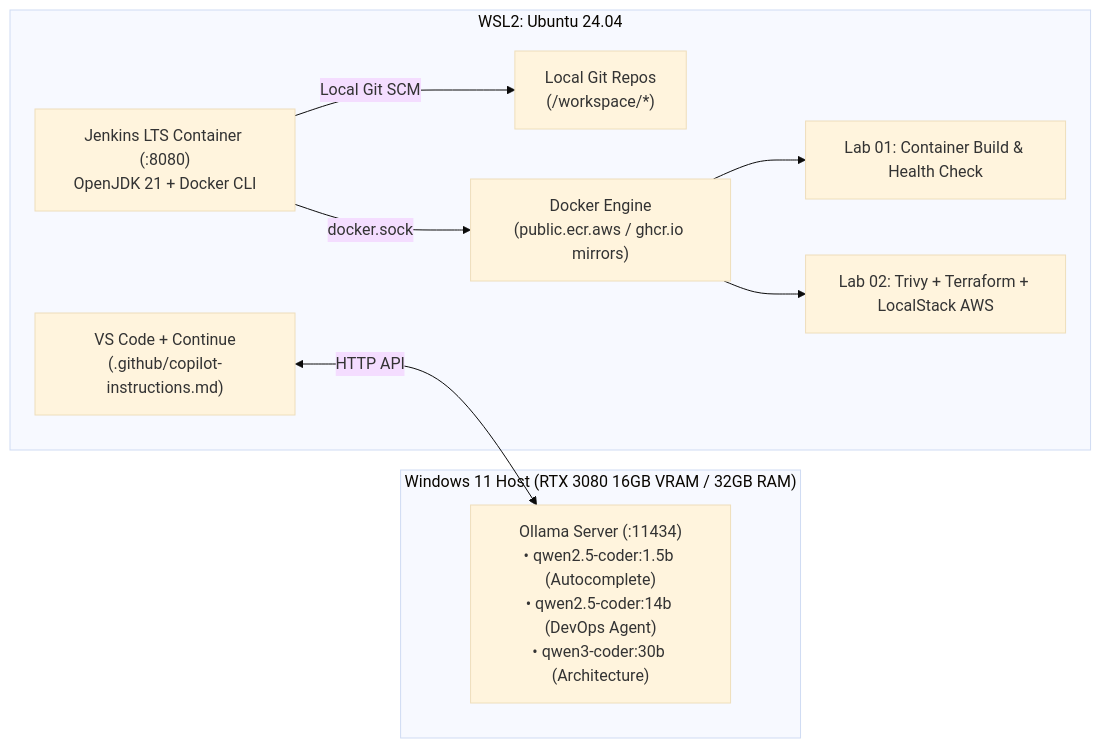
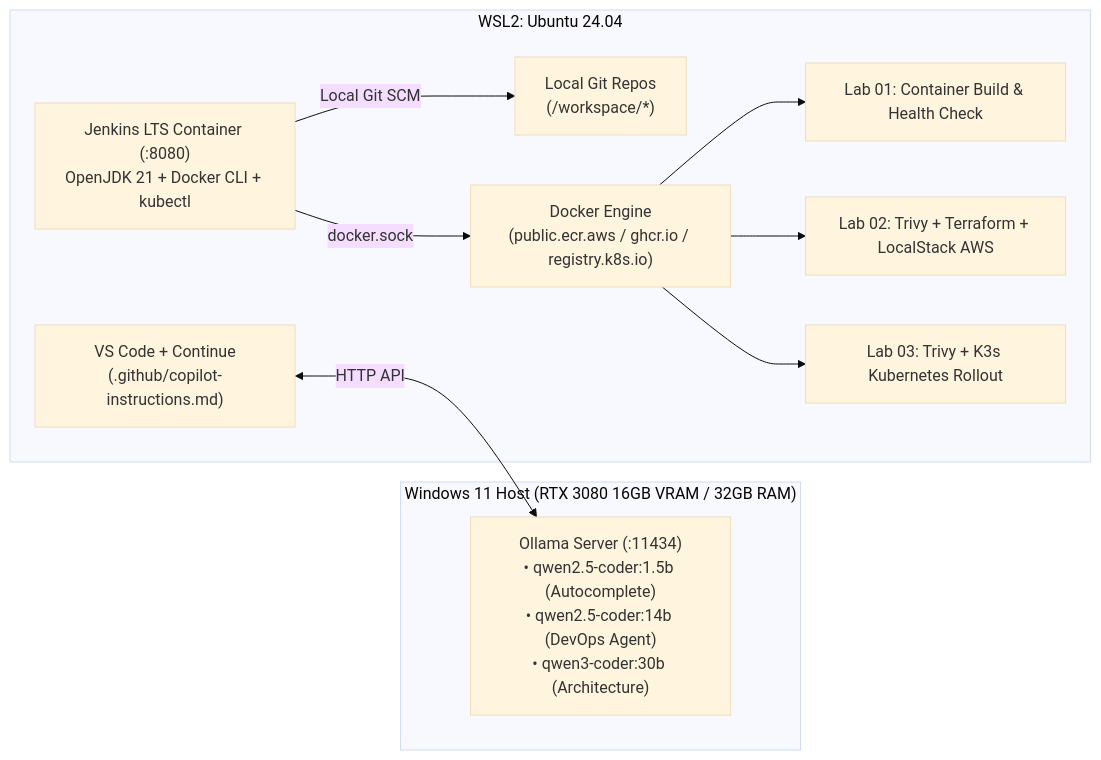
One commit to moyagoub/local-ai-devops-workstation changed the diagram in README.md. Above: the diagram before and after it, drawn with Mermaid (base theme). The commit also changed other lines of this file and 1 other file, not shown here.

Commit message:
Update root and Lab 03 README documentation

````diff
--- a/README.md
+++ b/README.md
@@ -9,21 +9,23 @@
 ```mermaid
 flowchart LR
     subgraph Windows["Windows 11 Host (RTX 3080 16GB VRAM / 32GB RAM)"]
         Ollama["Ollama Server (:11434)<br/>• qwen2.5-coder:1.5b (Autocomplete)<br/>• qwen2.5-coder:14b (DevOps Agent)<br/>• qwen3-coder:30b (Architecture)"]
     end
 
     subgraph WSL["WSL2: Ubuntu 24.04"]
         VSCode["VS Code + Continue<br/>(.github/copilot-instructions.md)"]
         GitRepo["Local Git Repos<br/>(/workspace/*)"]
-        Jenkins["Jenkins LTS Container (:8080)<br/>OpenJDK 21 + Docker CLI"]
-        DockerEngine["Docker Engine<br/>(public.ecr.aws / ghcr.io mirrors)"]
+        Jenkins["Jenkins LTS Container (:8080)<br/>OpenJDK 21 + Docker CLI + kubectl"]
+        DockerEngine["Docker Engine<br/>(public.ecr.aws / ghcr.io / registry.k8s.io)"]
         Lab01["Lab 01: Container Build & Health Check"]
         Lab02["Lab 02: Trivy + Terraform + LocalStack AWS"]
+        Lab03["Lab 03: Trivy + K3s Kubernetes Rollout"]
     end
 
     VSCode <-->|"HTTP API"| Ollama
     Jenkins -->|"Local Git SCM"| GitRepo
     Jenkins -->|"docker.sock"| DockerEngine
     DockerEngine --> Lab01
     DockerEngine --> Lab02
+    DockerEngine --> Lab03
 ```
````
